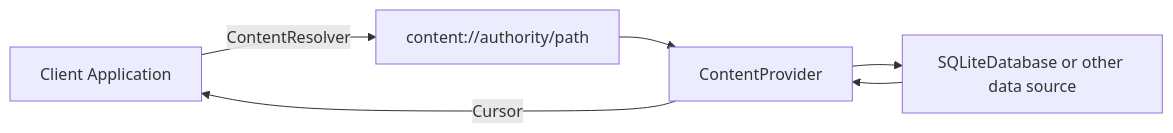
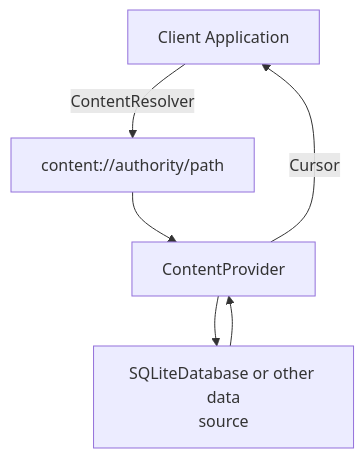
The second of 3 diagrams in 02-Semester-VI/CS-357-MJ-T-Android-Programming/Unit-5.md (amitdevx/TY), drawn with Mermaid before and after one commit. The commit also changed other lines of this file and 65 other files, not shown here.

Commit message:
fix:graph vertical

````diff
--- a/02-Semester-VI/CS-357-MJ-T-Android-Programming/Unit-5.md
+++ b/02-Semester-VI/CS-357-MJ-T-Android-Programming/Unit-5.md
@@ -433,8 +433,8 @@
 ```mermaid
-flowchart LR
+flowchart TD
     A[Client Application] -->|ContentResolver| B["content://authority/path"]
     B --> C[ContentProvider]
-    C --> D[SQLiteDatabase or other data source]
+    C --> D[SQLiteDatabase or other data<br/>source]
     D --> C
     C -->|Cursor| A
 ```
````
